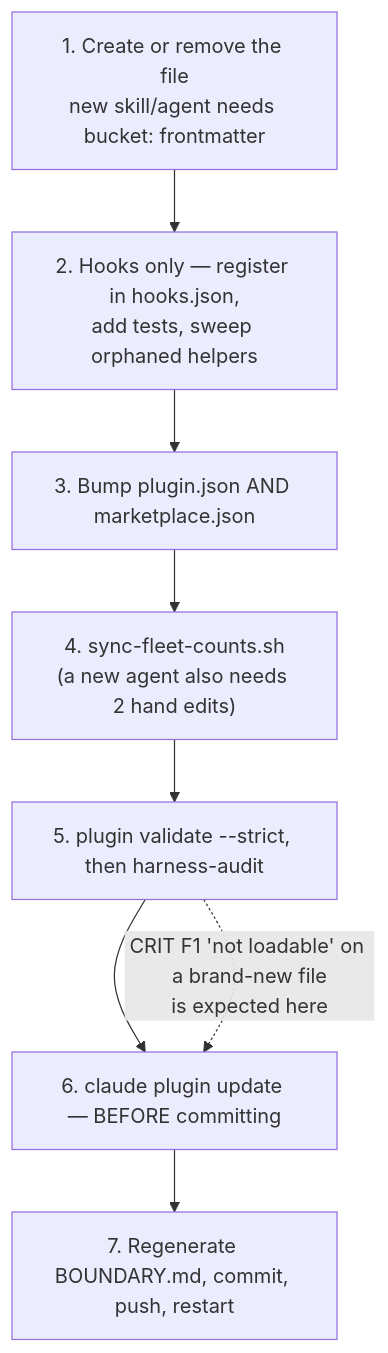
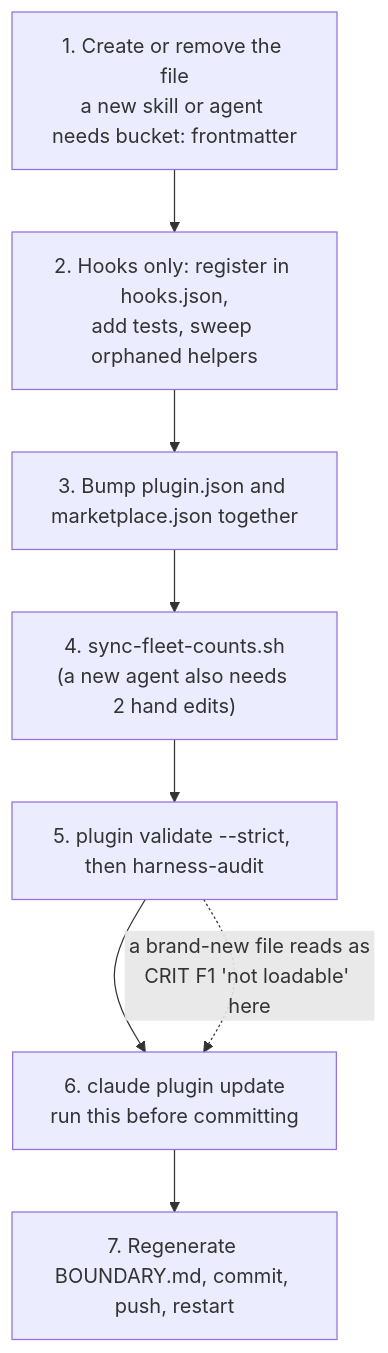
The sixth of 8 diagrams in docs/workflow-diagrams.md (wasikarn/matt-harness), drawn with Mermaid before and after one commit. The commit also changed other lines of this file and 9 other files, not shown here.

````diff
--- a/docs/workflow-diagrams.md
+++ b/docs/workflow-diagrams.md
@@ -264,12 +270,12 @@
 ```mermaid
 flowchart TB
-    S1["1. Create or remove the file<br/>new skill/agent needs bucket: frontmatter"] --> S2
-    S2["2. Hooks only — register in hooks.json,<br/>add tests, sweep orphaned helpers"] --> S3
-    S3["3. Bump plugin.json AND marketplace.json"] --> S4
+    S1["1. Create or remove the file<br/>a new skill or agent needs bucket: frontmatter"] --> S2
+    S2["2. Hooks only: register in hooks.json,<br/>add tests, sweep orphaned helpers"] --> S3
+    S3["3. Bump plugin.json and marketplace.json together"] --> S4
     S4["4. sync-fleet-counts.sh<br/>(a new agent also needs 2 hand edits)"] --> S5
     S5["5. plugin validate --strict, then harness-audit"] --> S6
-    S6["6. claude plugin update — BEFORE committing"] --> S7
+    S6["6. claude plugin update<br/>run this before committing"] --> S7
     S7["7. Regenerate BOUNDARY.md, commit, push, restart"]
 
-    S5 -.->|"CRIT F1 'not loadable' on a brand-new file<br/>is expected here"| S6
+    S5 -.->|"a brand-new file reads as<br/>CRIT F1 'not loadable' here"| S6
 ```
````
